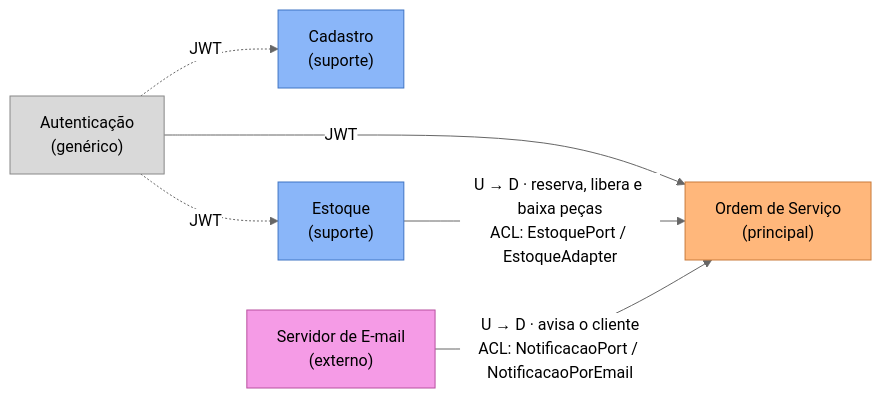
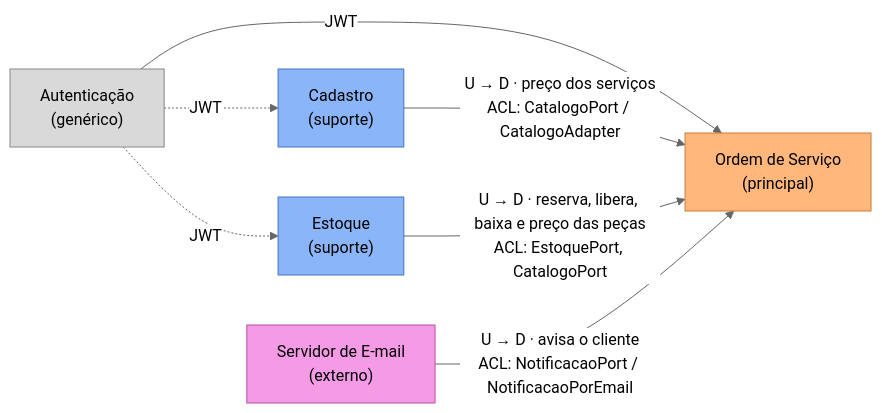
One commit to RafaelCardoso11/SOAT-Fase-1-Tech-Challenge changed the first of 6 diagrams in docs/ddd/fontes/diagramas.md. Above: the diagram before and after it, drawn with Mermaid (neutral theme). The commit also changed other lines of this file and 37 other files, not shown here.

````diff
--- a/docs/ddd/fontes/diagramas.md
+++ b/docs/ddd/fontes/diagramas.md
@@ -15,23 +15,24 @@
 ```mermaid
 flowchart LR
     OS["Ordem de Serviço<br/>(principal)"]
     CAD["Cadastro<br/>(suporte)"]
     EST["Estoque<br/>(suporte)"]
     AUT["Autenticação<br/>(genérico)"]
     NOT["Servidor de E-mail<br/>(externo)"]
 
     AUT -- "JWT" --> OS
     AUT -. "JWT" .-> CAD
     AUT -. "JWT" .-> EST
-    EST -- "U → D · reserva, libera e baixa peças<br/>ACL: EstoquePort / EstoqueAdapter" --> OS
+    CAD -- "U → D · preço dos serviços<br/>ACL: CatalogoPort / CatalogoAdapter" --> OS
+    EST -- "U → D · reserva, libera, baixa e preço das peças<br/>ACL: EstoquePort, CatalogoPort" --> OS
     NOT -- "U → D · avisa o cliente<br/>ACL: NotificacaoPort / NotificacaoPorEmail" --> OS
 
     classDef core fill:#FFB77B,stroke:#C97A3A,color:#000
     classDef suporte fill:#8AB6F9,stroke:#3F74C4,color:#000
     classDef generico fill:#d9d9d9,stroke:#888,color:#000
     classDef externo fill:#F59BE6,stroke:#B8509F,color:#000
     class OS core
     class CAD,EST suporte
     class AUT generico
     class NOT externo
 ```
````
